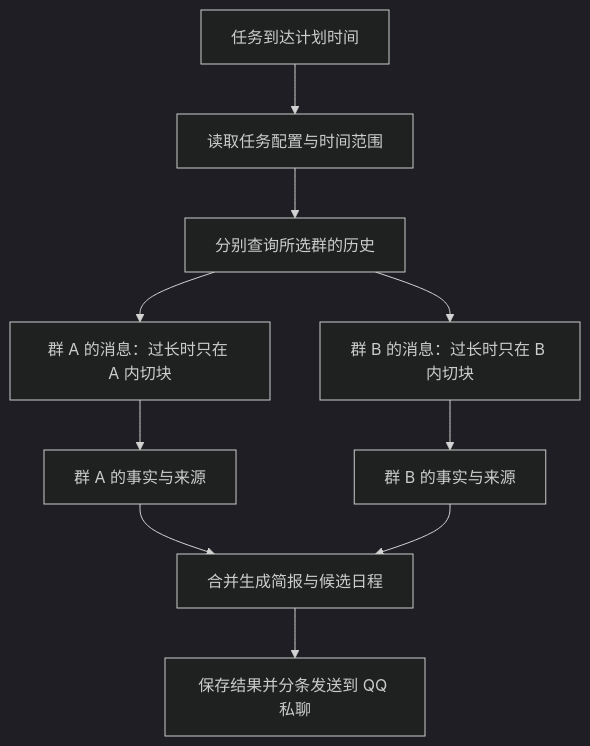
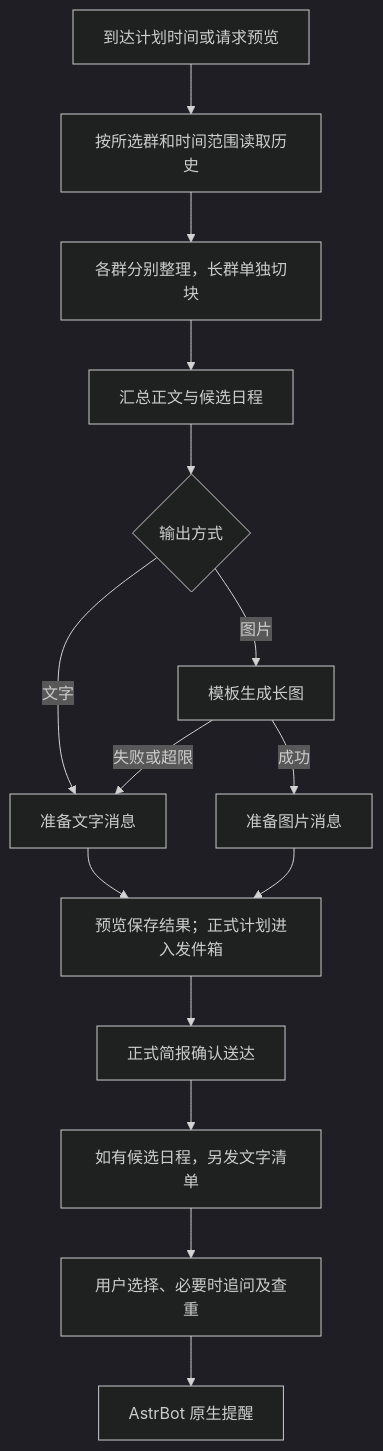
The diagram in README.md (WinterMoonlight/astrbot_plugin_daily_digest), drawn with Mermaid (dark theme) before and after one commit. The commit also changed other lines of this file and 86 other files, not shown here.

````diff
--- a/README.md
+++ b/README.md
@@ -147,12 +194,17 @@
 ```mermaid
 flowchart TD
-    A[任务到达计划时间] --> B[读取任务配置与时间范围]
-    B --> C[分别查询所选群的历史]
-    C --> D[群 A 的消息：过长时只在 A 内切块]
-    C --> E[群 B 的消息：过长时只在 B 内切块]
-    D --> F[群 A 的事实与来源]
-    E --> G[群 B 的事实与来源]
-    F --> H[合并生成简报与候选日程]
-    G --> H
-    H --> I[保存结果并分条发送到 QQ 私聊]
+    A[到达计划时间或请求预览] --> B[按所选群和时间范围读取历史]
+    B --> C[各群分别整理，长群单独切块]
+    C --> D[汇总正文与候选日程]
+    D --> E{输出方式}
+    E -->|文字| F[准备文字消息]
+    E -->|图片| G[模板生成长图]
+    G -->|失败或超限| F
+    G -->|成功| H[准备图片消息]
+    F --> I[预览保存结果；正式计划进入发件箱]
+    H --> I
+    I --> J[正式简报确认送达]
+    J --> K[如有候选日程，另发文字清单]
+    K --> L[用户选择、必要时追问及查重]
+    L --> M[AstrBot 原生提醒]
 ```
````
